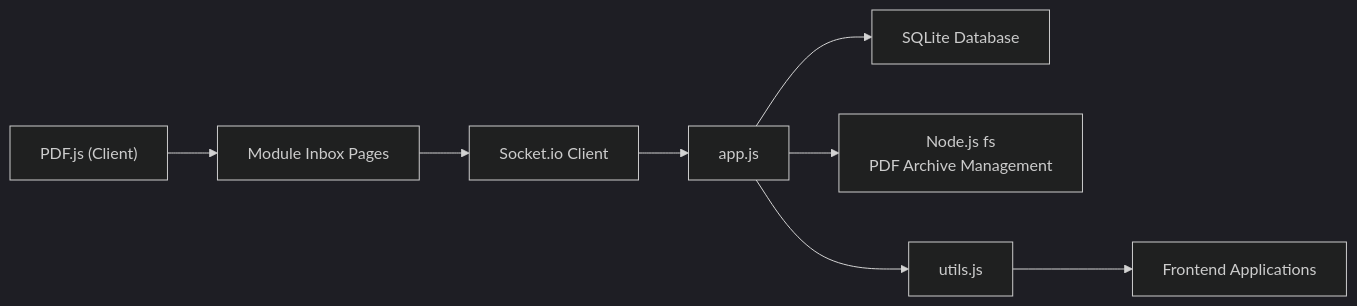
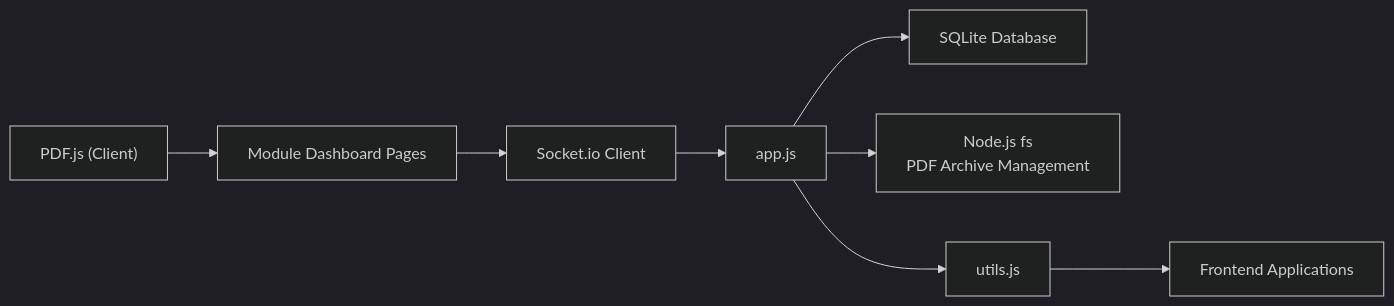
Before and after one commit to rendisiagian/TDS_by_RENDISIAGIAN: the eighth of 8 diagrams in .qoder/repowiki/en/content/Advanced Features/Real-time Processing & Socket.io Integration.md, drawn with Mermaid (dark theme). The commit also changed other lines of this file and 38 other files, not shown here.

````diff
--- a/.qoder/repowiki/en/content/Advanced Features/Real-time Processing & Socket.io Integration.md
+++ b/.qoder/repowiki/en/content/Advanced Features/Real-time Processing & Socket.io Integration.md
@@ -274,10 +324,10 @@
 ```mermaid
 graph LR
-PDFJS["PDF.js (Client)"] --> Inbox["Module Inbox Pages"]
+PDFJS["PDF.js (Client)"] --> Inbox["Module Dashboard Pages"]
 Inbox --> SocketIO["Socket.io Client"]
 SocketIO --> Server["app.js"]
 Server --> SQLite["SQLite Database"]
 Server --> FS["Node.js fs<br/>PDF Archive Management"]
 Server --> Utils["utils.js"]
 Utils --> Frontend["Frontend Applications"]
 ```
````
